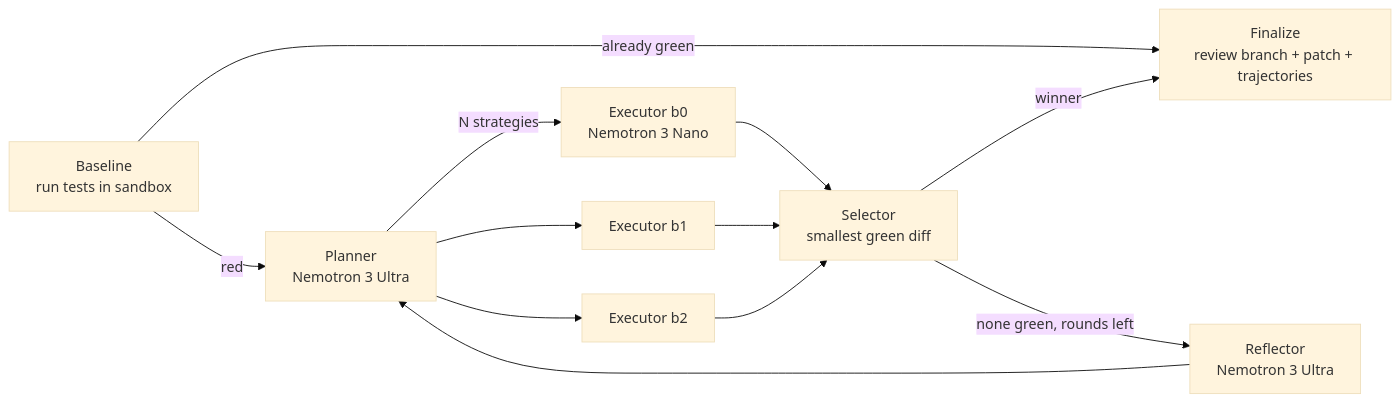
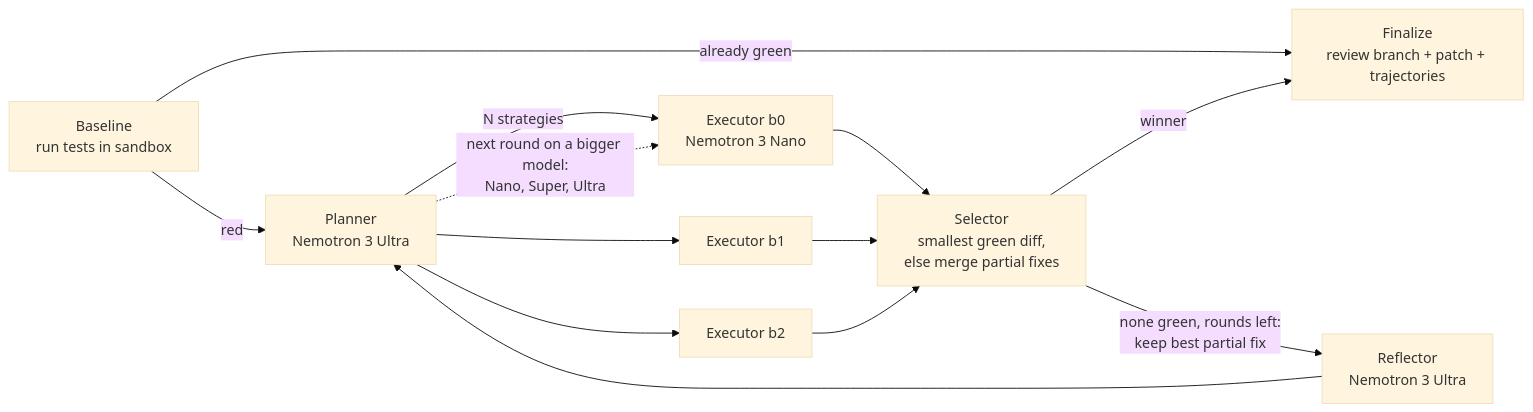
One commit to Maukthik/codefork changed the diagram in README.md. Above: the diagram before and after it, drawn with Mermaid (base theme). The commit also changed other lines of this file and 19 other files, not shown here.

Commit message:
Stage 2: model escalation, partial-fix merging, rounds build on progress, bookstore demo

````diff
--- a/README.md
+++ b/README.md
@@ -36,11 +37,12 @@
 ```mermaid
 flowchart LR
     B[Baseline<br/>run tests in sandbox] -->|red| P[Planner<br/>Nemotron 3 Ultra]
     B -->|already green| F
     P -->|N strategies| E1[Executor b0<br/>Nemotron 3 Nano]
     P --> E2[Executor b1]
     P --> E3[Executor b2]
-    E1 & E2 & E3 --> S[Selector<br/>smallest green diff]
+    E1 & E2 & E3 --> S[Selector<br/>smallest green diff,<br/>else merge partial fixes]
     S -->|winner| F[Finalize<br/>review branch + patch + trajectories]
-    S -->|none green, rounds left| R[Reflector<br/>Nemotron 3 Ultra] --> P
+    S -->|none green, rounds left:<br/>keep best partial fix| R[Reflector<br/>Nemotron 3 Ultra] --> P
+    P -.->|next round on a bigger model:<br/>Nano, Super, Ultra| E1
 ```
````
